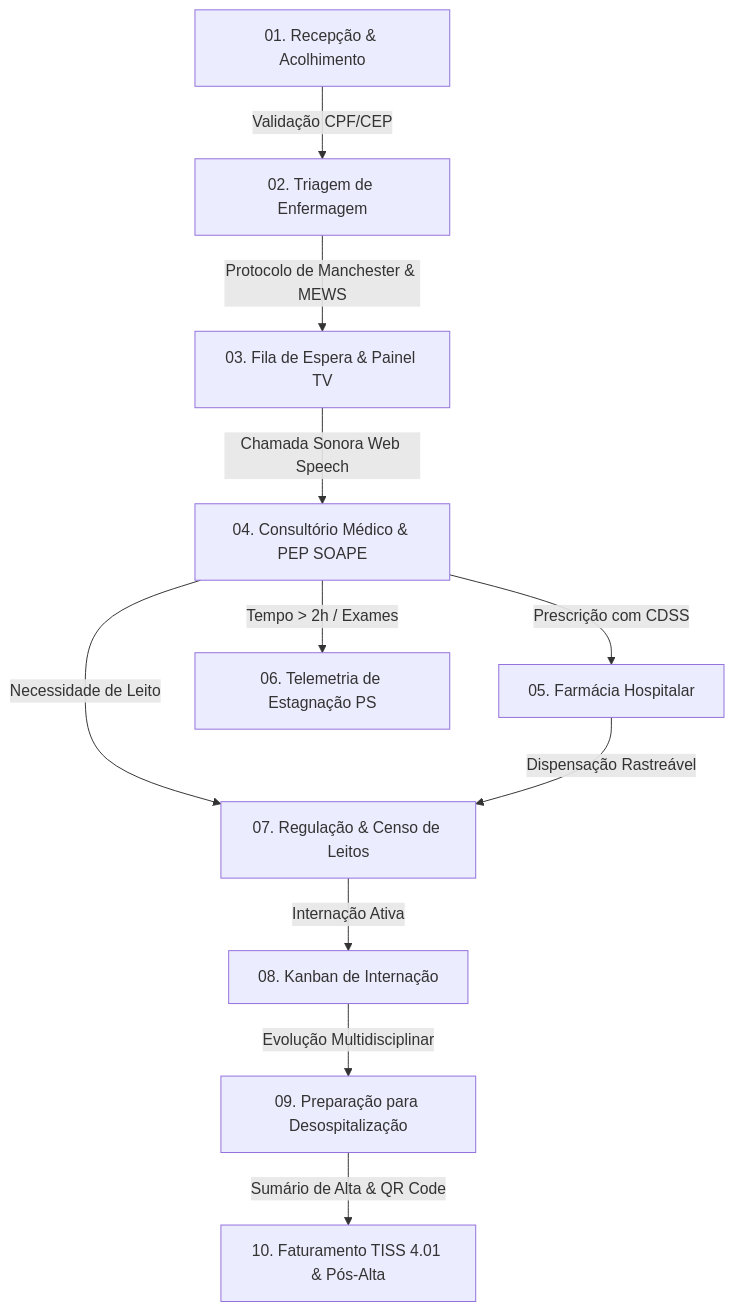
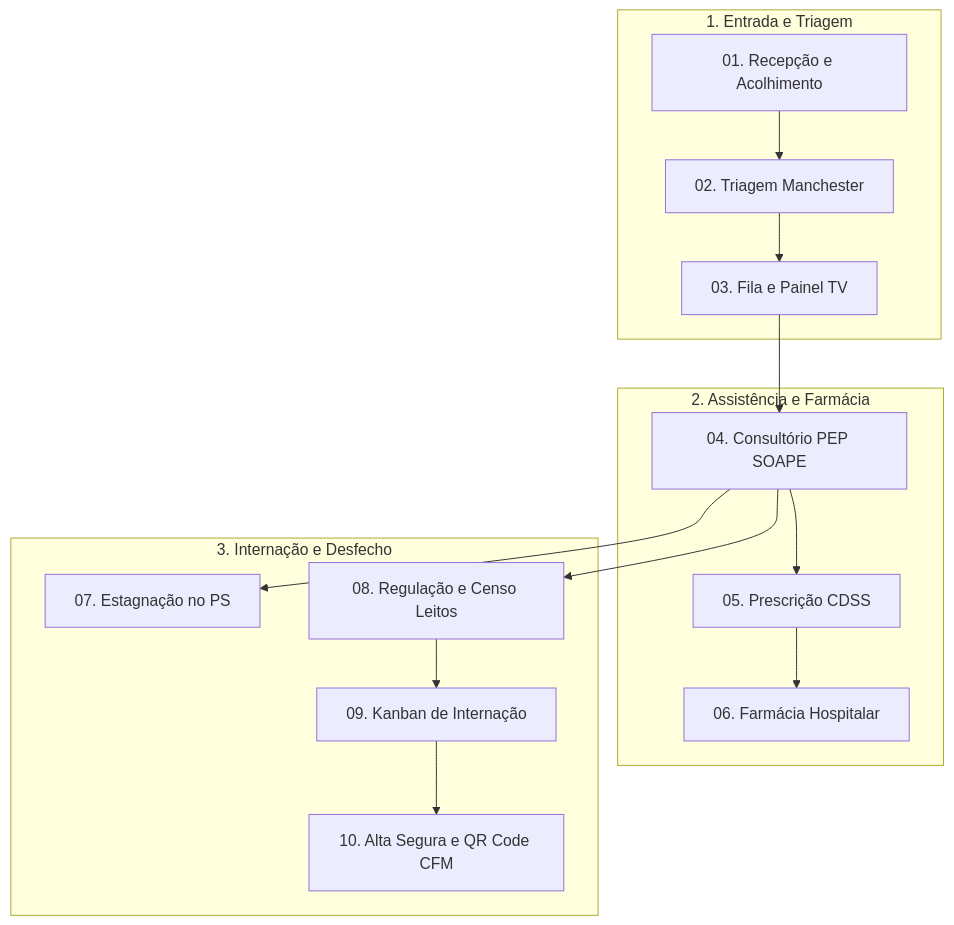
Before and after one commit to Mazzarowysk/Health-Nexus: the diagram in docs/10-Manuais/03-manual-fluxo-operacional.md, drawn with Mermaid. The commit also changed other lines of this file and 6 other files, not shown here.

Commit message:
fix(docs): elimina paginas em branco 2 e 3 no Manual de Fluxo Operacional e ajusta diagrama Mermaid

````diff
--- a/docs/10-Manuais/03-manual-fluxo-operacional.md
+++ b/docs/10-Manuais/03-manual-fluxo-operacional.md
@@ -25,13 +29,18 @@
 ```mermaid
-graph TD
-    A[01. Recepção & Acolhimento] -->|Validação CPF/CEP| B[02. Triagem de Enfermagem]
-    B -->|Protocolo de Manchester & MEWS| C[03. Fila de Espera & Painel TV]
-    C -->|Chamada Sonora Web Speech| D[04. Consultório Médico & PEP SOAPE]
-    D -->|Prescrição com CDSS| E[05. Farmácia Hospitalar]
-    D -->|Tempo > 2h / Exames| F[06. Telemetria de Estagnação PS]
-    D -->|Necessidade de Leito| G[07. Regulação & Censo de Leitos]
-    E -->|Dispensação Rastreável| G
-    G -->|Internação Ativa| H[08. Kanban de Internação]
-    H -->|Evolução Multidisciplinar| I[09. Preparação para Desospitalização]
-    I -->|Sumário de Alta & QR Code| J[10. Faturamento TISS 4.01 & Pós-Alta]
+flowchart TD
+    subgraph S1["1. Entrada e Triagem"]
+        A["01. Recepção e Acolhimento"] --> B["02. Triagem Manchester"]
+        B --> C["03. Fila e Painel TV"]
+    end
+    subgraph S2["2. Assistência e Farmácia"]
+        C --> D["04. Consultório PEP SOAPE"]
+        D --> E["05. Prescrição CDSS"]
+        E --> F["06. Farmácia Hospitalar"]
+    end
+    subgraph S3["3. Internação e Desfecho"]
+        D --> G["07. Estagnação no PS"]
+        D --> H["08. Regulação e Censo Leitos"]
+        H --> I["09. Kanban de Internação"]
+        I --> J["10. Alta Segura e QR Code CFM"]
+    end
 ```
````
